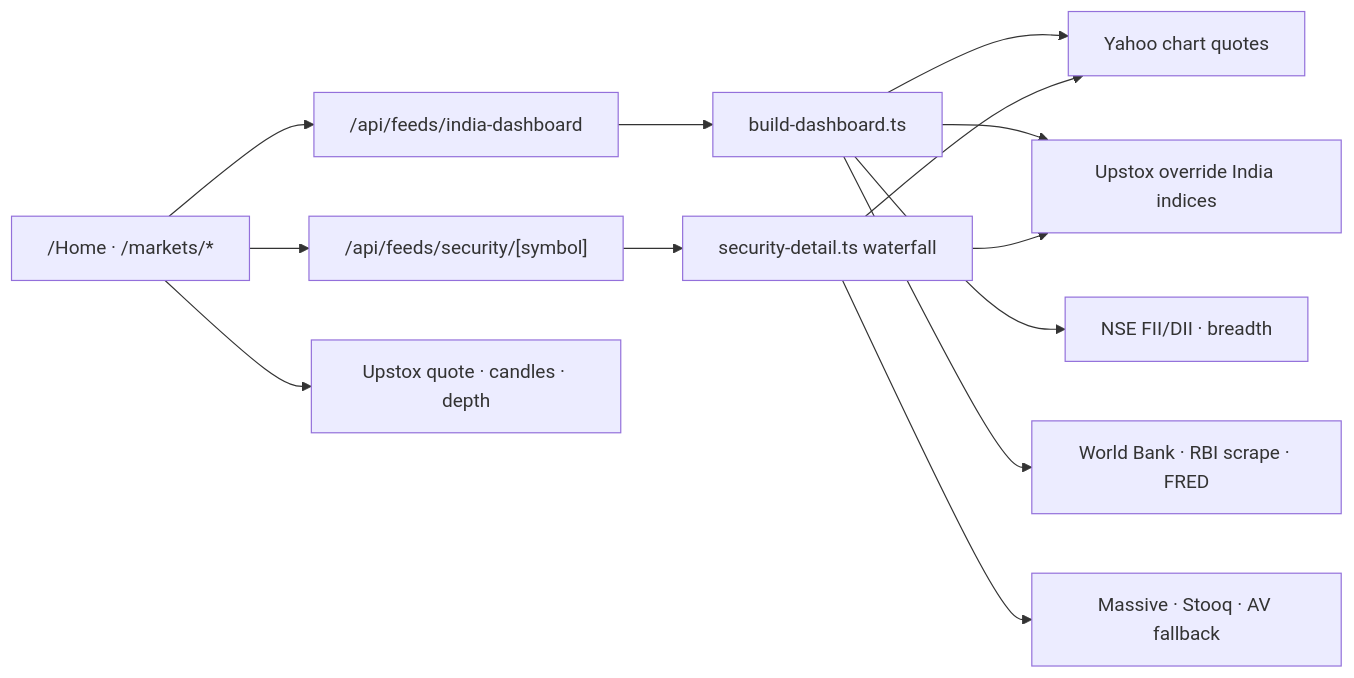
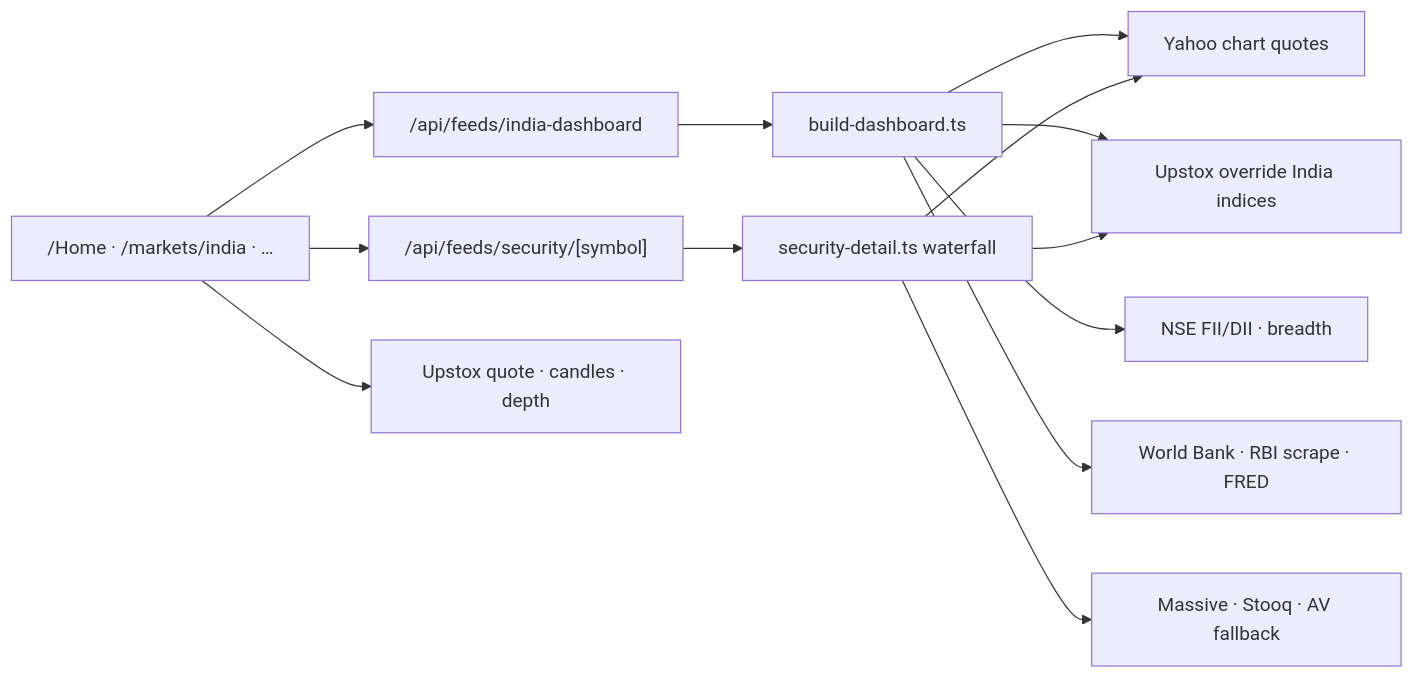
The third of 8 diagrams in README.md (debmukdm-jioinstitute/MARKET-INTELLIGENCE), drawn with Mermaid before and after one commit. The commit also changed other lines of this file, not shown here.

First line of the commit message:
docs: refresh README for markets entry, funds removal, and billing

````diff
--- a/README.md
+++ b/README.md
@@ -199,15 +200,15 @@
 ```mermaid
 flowchart LR
-  H["/Home · /markets/*"] --> ID["/api/feeds/india-dashboard"]
+  H["/Home · /markets/india · …"] --> ID["/api/feeds/india-dashboard"]
   H --> SEC["/api/feeds/security/[symbol]"]
   H --> UQ[Upstox quote · candles · depth]
   ID --> B[build-dashboard.ts]
   B --> Y[Yahoo chart quotes]
   B --> U[Upstox override India indices]
   B --> N[NSE FII/DII · breadth]
   B --> WB[World Bank · RBI scrape · FRED]
   SEC --> SD[security-detail.ts waterfall]
   SD --> U
   SD --> Y
   SD --> M[Massive · Stooq · AV fallback]
 ```
````
